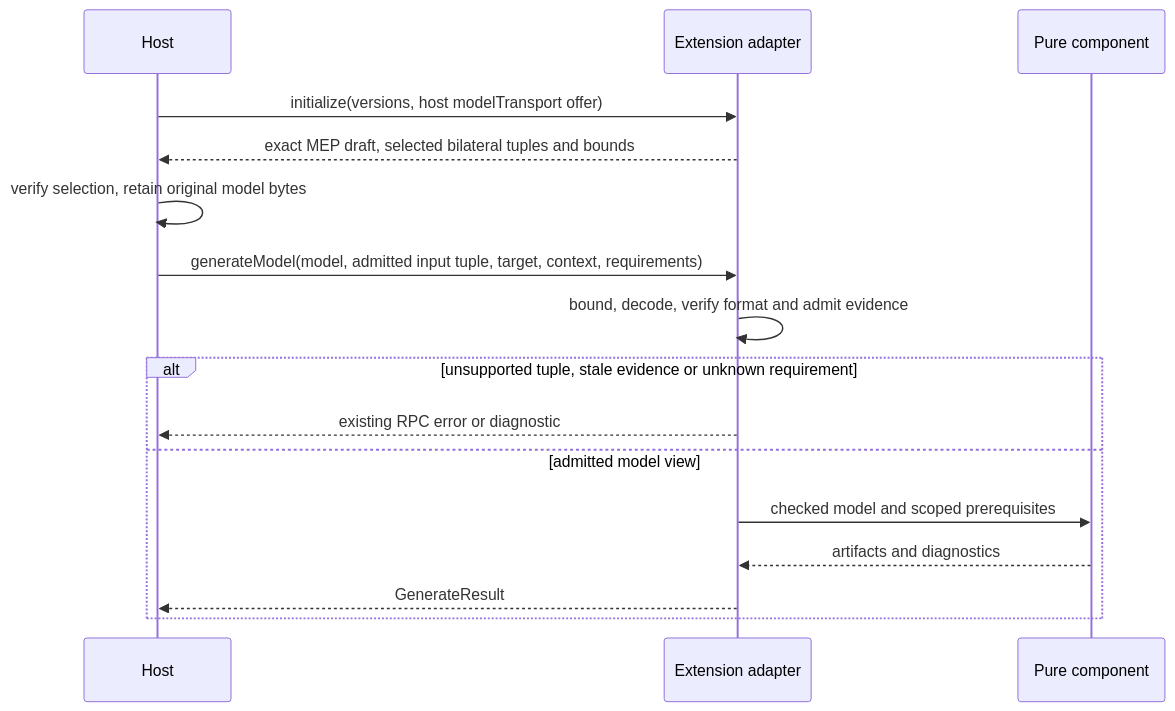
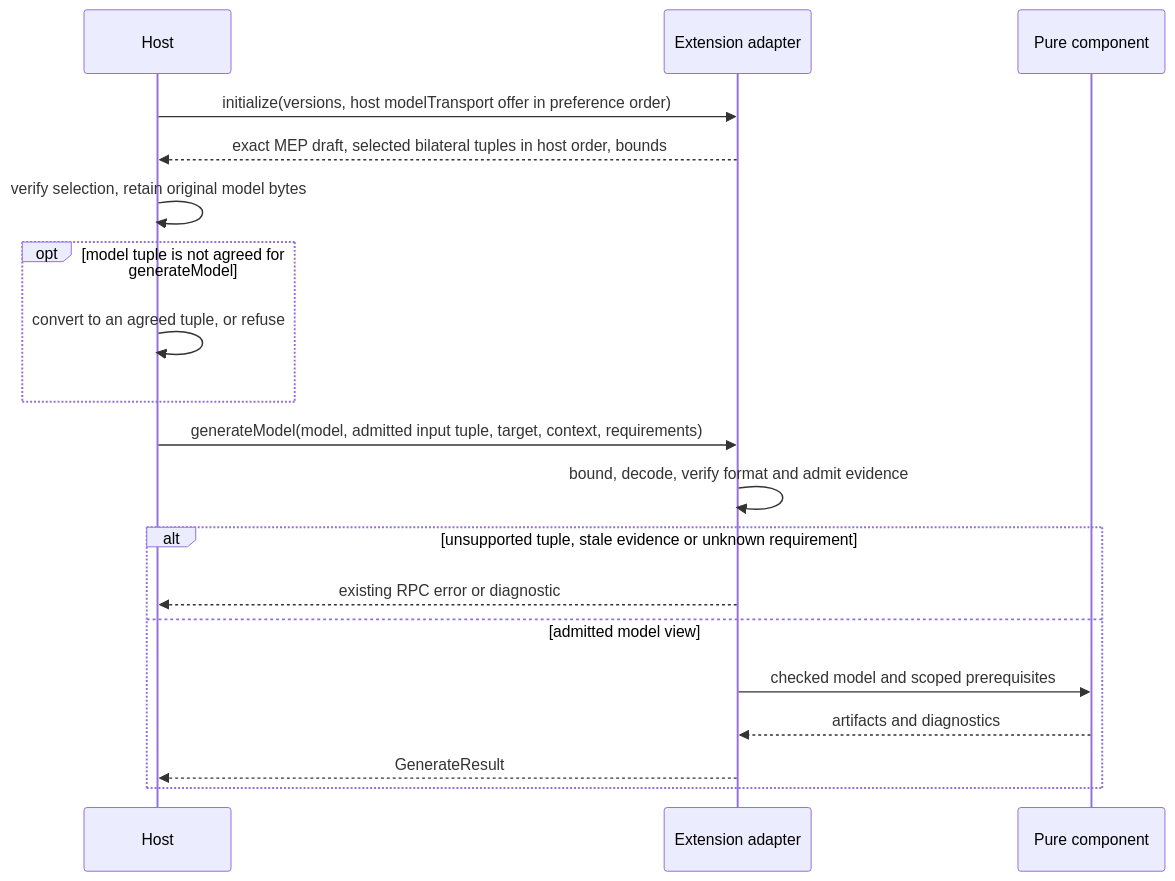
One commit to finos/morphir changed the diagram in spec/mep/model-transport.md. Above: the diagram before and after it, drawn with Mermaid. The commit also changed other lines of this file and 11 other files, not shown here.

First line of the commit message:
docs(mep): state the model-format default and required rule (#1115)

````diff
--- a/spec/mep/model-transport.md
+++ b/spec/mep/model-transport.md
@@ -71,18 +73,21 @@
 ```mermaid
 sequenceDiagram
     participant H as Host
     participant G as Extension adapter
     participant C as Pure component
-    H->>G: initialize(versions, host modelTransport offer)
-    G-->>H: exact MEP draft, selected bilateral tuples and bounds
+    H->>G: initialize(versions, host modelTransport offer in preference order)
+    G-->>H: exact MEP draft, selected bilateral tuples in host order, bounds
     H->>H: verify selection, retain original model bytes
+    opt model tuple is not agreed for generateModel
+        H->>H: convert to an agreed tuple, or refuse
+    end
     H->>G: generateModel(model, admitted input tuple, target, context, requirements)
     G->>G: bound, decode, verify format and admit evidence
     alt unsupported tuple, stale evidence or unknown requirement
         G-->>H: existing RPC error or diagnostic
     else admitted model view
         G->>C: checked model and scoped prerequisites
         C-->>G: artifacts and diagnostics
         G-->>H: GenerateResult
     end
 ```
````
